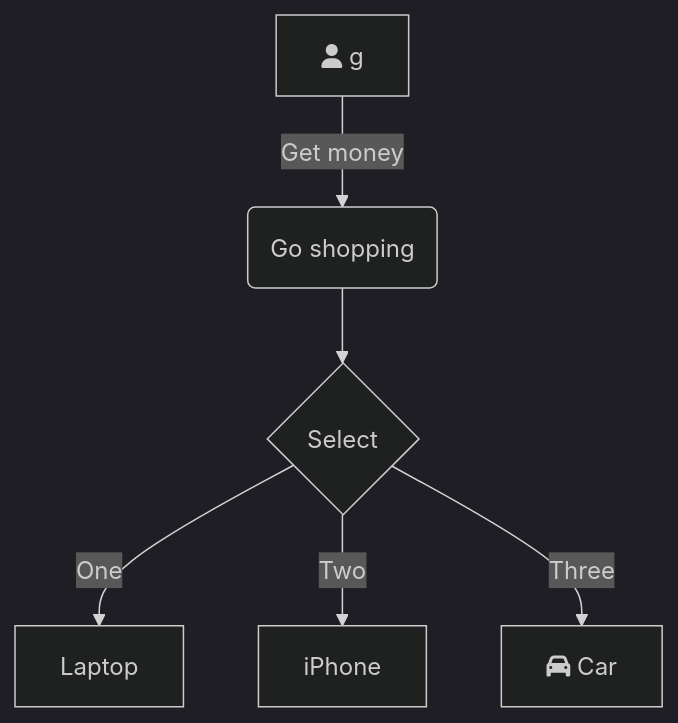
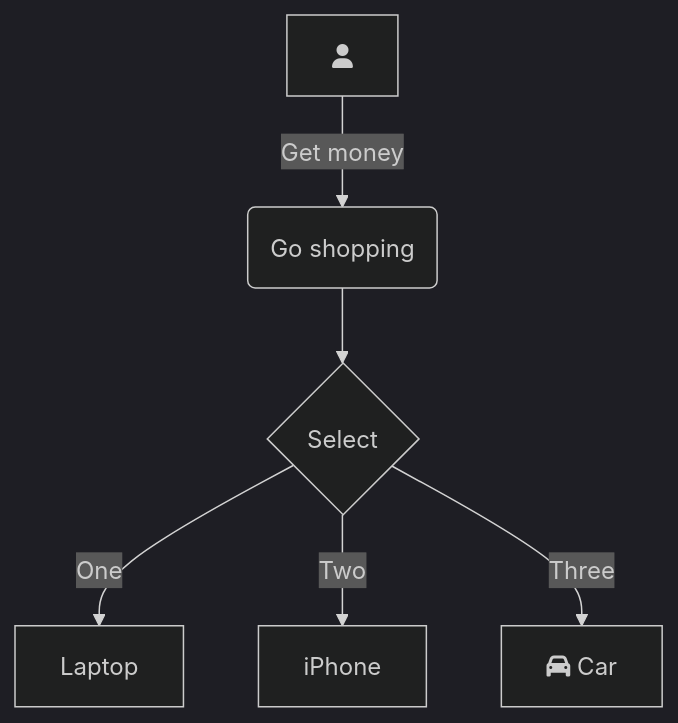
Before and after one commit to gefeifei666/iodraw-files: the diagram in all/未命名.md, drawn with Mermaid (dark theme).

Commit message:
2025-11-19 07:41:48 update

````diff
--- a/all/未命名.md
+++ b/all/未命名.md
@@ -1,9 +1,9 @@
 ```mermaid
 graph TD
-    A[fa:fa-user g] -->|Get money| B(Go shopping)
+    A[fa:fa-user ] -->|Get money| B(Go shopping)
     B --> C{Select}
     C -->|One| D[Laptop]
     C -->|Two| E[iPhone]
     C -->|Three| F[fa:fa-car Car]
   
 ```
````
